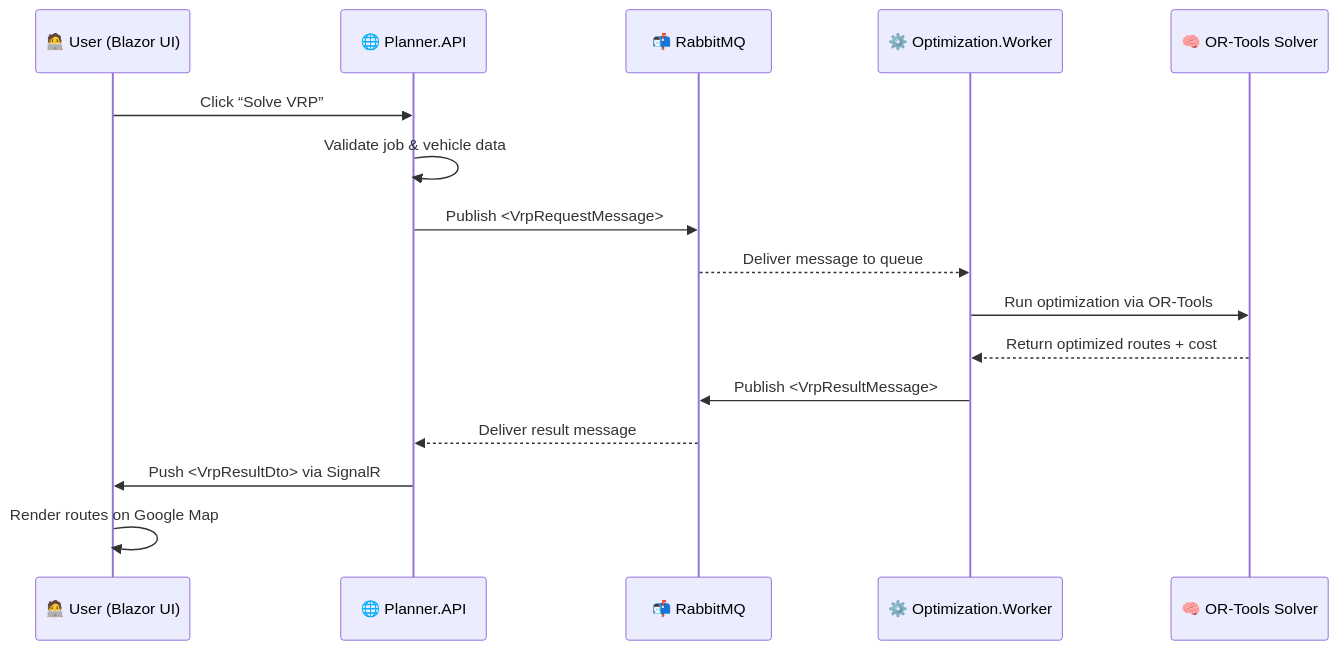
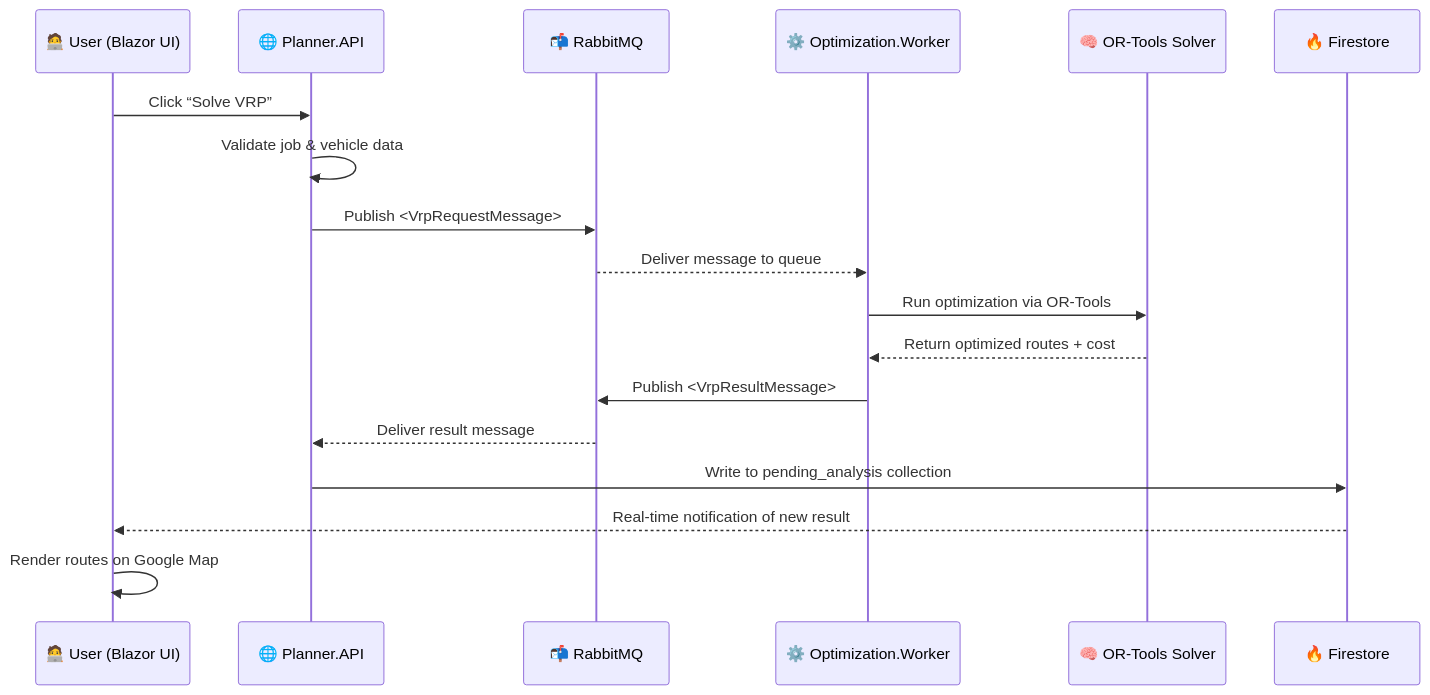
Before and after one commit to stephen-wu-chaohui/Planner: the second of 2 diagrams in docs/README.md, drawn with Mermaid. The commit also changed other lines of this file and 2 other files, not shown here.

Commit message:
Update documentation to reflect Firestore-based notifications

````diff
--- a/docs/README.md
+++ b/docs/README.md
@@ -61,18 +66,20 @@
 ```mermaid
 sequenceDiagram
     participant U as 🧑‍💻 User (Blazor UI)
     participant B as 🌐 Planner.API
     participant Q as 📬 RabbitMQ
     participant W as ⚙️ Optimization.Worker
     participant O as 🧠 OR-Tools Solver
+    participant F as 🔥 Firestore
     U->>B: Click “Solve VRP”
     B->>B: Validate job & vehicle data
     B->>Q: Publish <VrpRequestMessage>
     Q-->>W: Deliver message to queue
     W->>O: Run optimization via OR-Tools
     O-->>W: Return optimized routes + cost
     W->>Q: Publish <VrpResultMessage>
     Q-->>B: Deliver result message
-    B->>U: Push <VrpResultDto> via SignalR
+    B->>F: Write to pending_analysis collection
+    F-->>U: Real-time notification of new result
     U->>U: Render routes on Google Map
 ```
````
